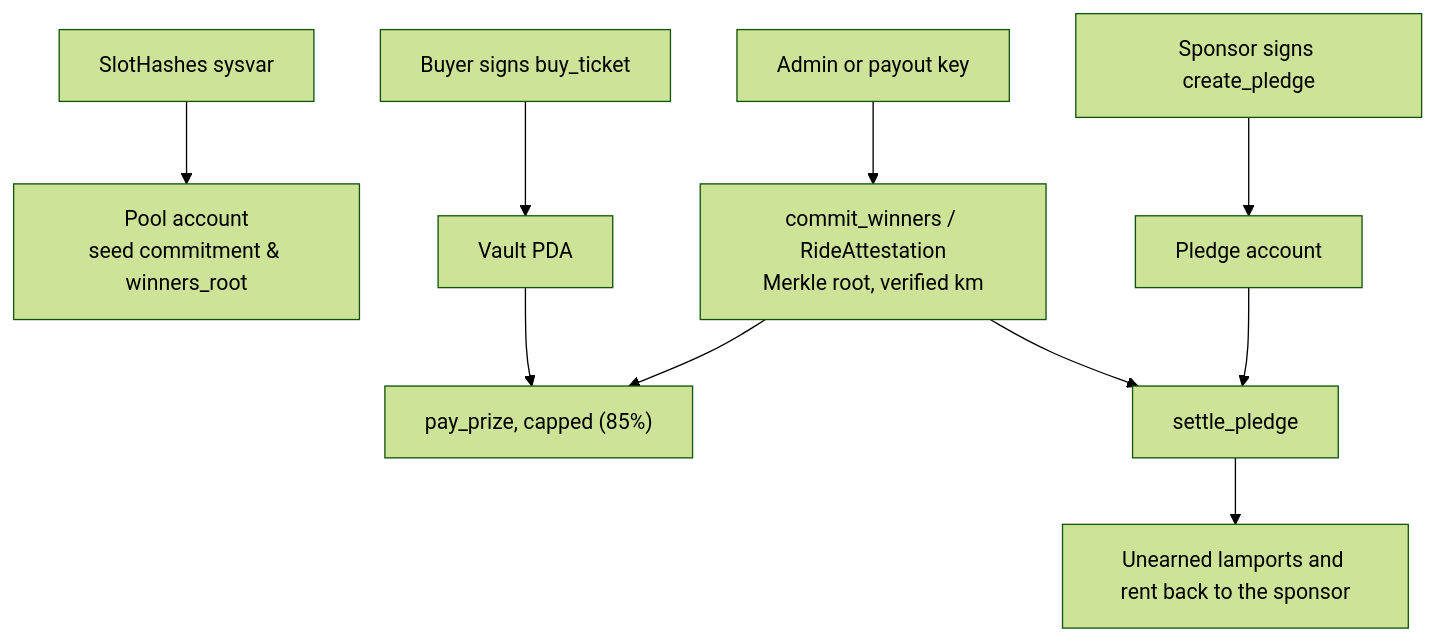
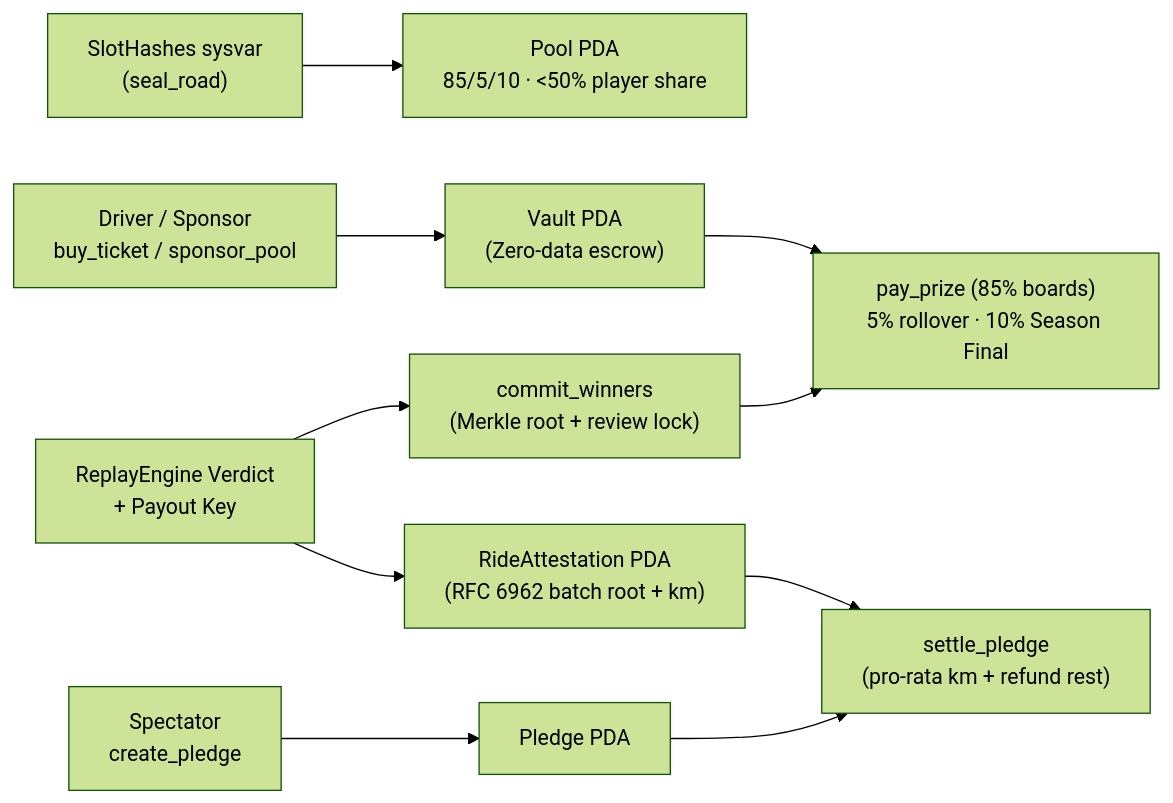
Before and after one commit to recferret-bit/freightchain: the first of 2 diagrams in README.md, drawn with Mermaid (forest theme). The commit also changed other lines of this file and 1 other file, not shown here.

````diff
--- a/README.md
+++ b/README.md
@@ -208,12 +140,12 @@
 ```mermaid
-flowchart TB
-  slot["SlotHashes sysvar"] --> pool["Pool account<br/>seed commitment & winners_root"]
-  buyer["Buyer signs buy_ticket"] --> vault["Vault PDA"]
-  sponsor["Sponsor signs create_pledge"] --> pledge["Pledge account"]
-  server["Admin or payout key"] --> attest["commit_winners / RideAttestation<br/>Merkle root, verified km"]
-  attest --> prize["pay_prize, capped (85%)"]
-  vault --> prize
-  attest --> settle["settle_pledge"]
+flowchart LR
+  slot["SlotHashes sysvar<br/>(seal_road)"] --> pool["Pool PDA<br/>85/5/10 · <50% player share"]
+  buyer["Driver / Sponsor<br/>buy_ticket / sponsor_pool"] --> vault["Vault PDA<br/>(Zero-data escrow)"]
+  pledger["Spectator<br/>create_pledge"] --> pledge["Pledge PDA"]
+  server["ReplayEngine Verdict<br/>+ Payout Key"] --> root["commit_winners<br/>(Merkle root + review lock)"]
+  server --> attest["RideAttestation PDA<br/>(RFC 6962 batch root + km)"]
+  vault --> prize["pay_prize (85% boards)<br/>5% rollover · 10% Season Final"]
+  root --> prize
+  attest --> settle["settle_pledge<br/>(pro-rata km + refund rest)"]
   pledge --> settle
-  settle --> back["Unearned lamports and rent back to the sponsor"]
 ```
````
